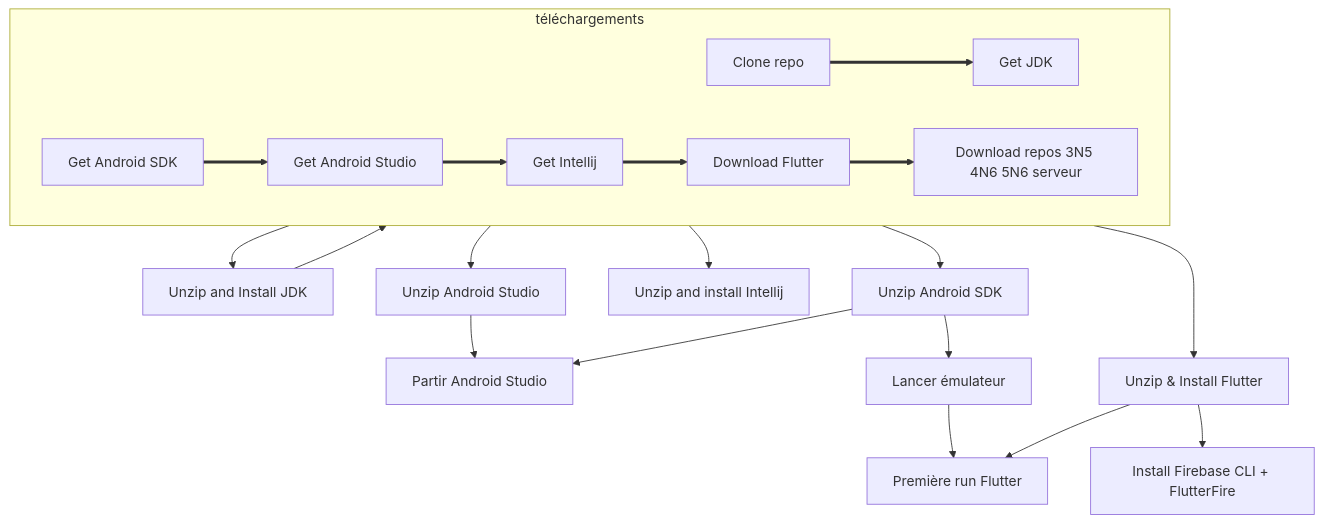
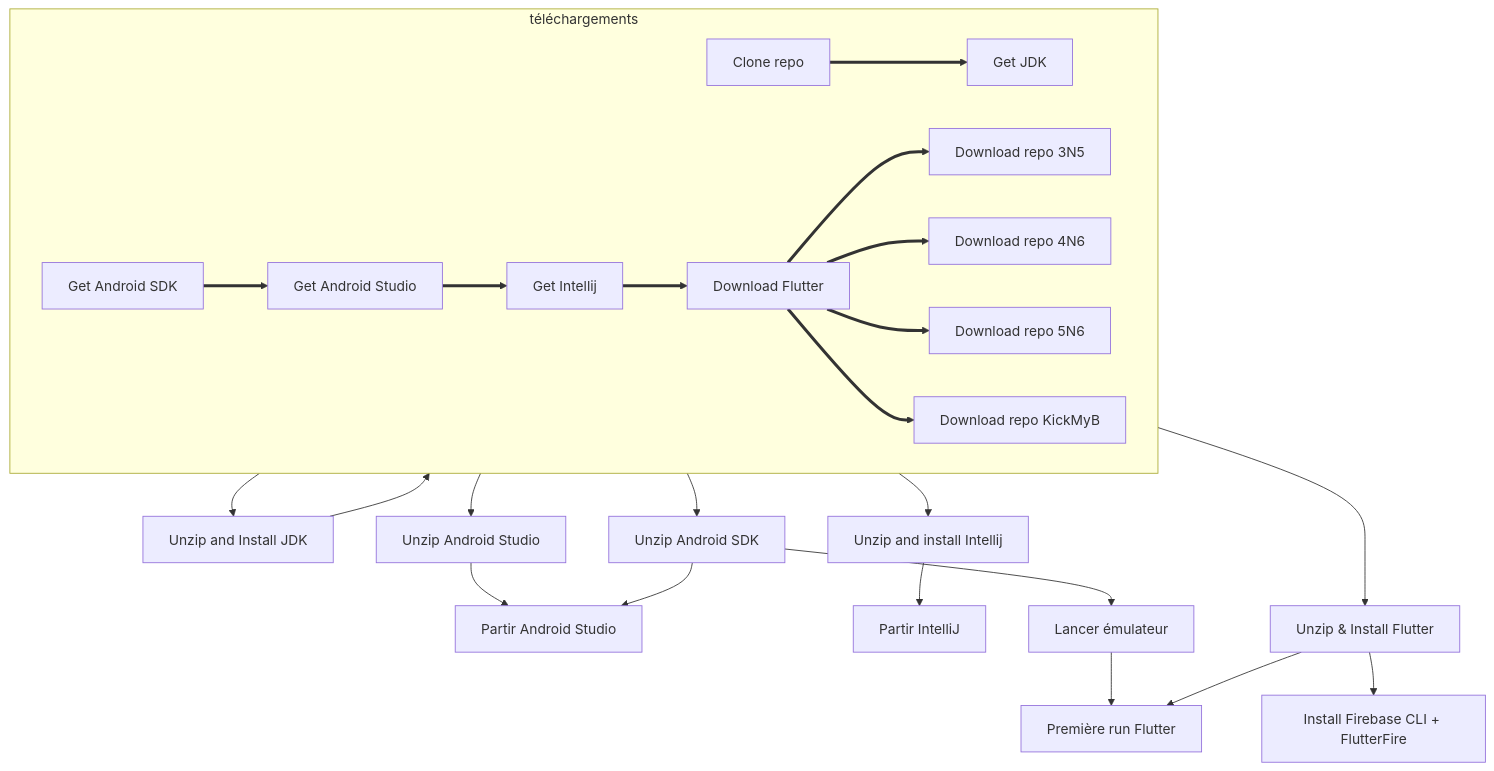
The diagram in README.md (departement-info-cem/scripts-mobile), drawn with Mermaid before and after one commit.

````diff
--- a/README.md
+++ b/README.md
@@ -18,43 +18,51 @@
 ```mermaid
 flowchart TD
     clone["Clone repo"]
     dJDK["Get JDK"]
     unzipJDK["Unzip and Install JDK"]
     dSDK["Get SDK"]
     unzipSDK["Unzip and install SDK"]
     dIDEA["Get Intellij"]
     unzipIDEA["Unzip and install Intellij"]
     dAS["Get Android Studio"]
     unzipAS["Unzip Android Studio"]
     startandroidstudio["Partir Android Studio"]
+    startidea["Partir IntelliJ"]
     dSDK["Get Android SDK"]
     unzipSDK["Unzip Android SDK"]
     dFLUTTER["Download Flutter"]
     unzipFLUTTER["Unzip & Install Flutter"]
     firebase["Install Firebase CLI + FlutterFire"]
-    repos["Download repos 3N5 4N6 5N6 serveur"]
+    gh3n5["Download repo 3N5"]
+    gh4n6["Download repo 4N6"]
+    gh5n6["Download repo 5N6"]
+    ghkmb["Download repo KickMyB"]
     projetflutter["Première run Flutter"]
     emulator["Lancer émulateur"]
     subgraph téléchargements
         direction LR
         clone ==> dJDK
         dSDK ==> dAS
         dAS ==> dIDEA
-        dFLUTTER ==> repos
+        dFLUTTER ==> gh3n5
+        dFLUTTER ==> gh4n6
+        dFLUTTER ==> gh5n6
+        dFLUTTER ==> ghkmb
         dIDEA ==> dFLUTTER
     end
     dJDK --> unzipJDK
     unzipJDK --> dSDK
     dSDK --> unzipSDK
     dAS --> unzipAS
     
     dIDEA --> unzipIDEA
+    unzipIDEA --> startidea
     dFLUTTER --> unzipFLUTTER
     
     unzipAS --> startandroidstudio
     unzipSDK --> startandroidstudio
     unzipSDK --> emulator
     emulator --> projetflutter
     unzipFLUTTER --> projetflutter
     unzipFLUTTER --> firebase
 ```
````
